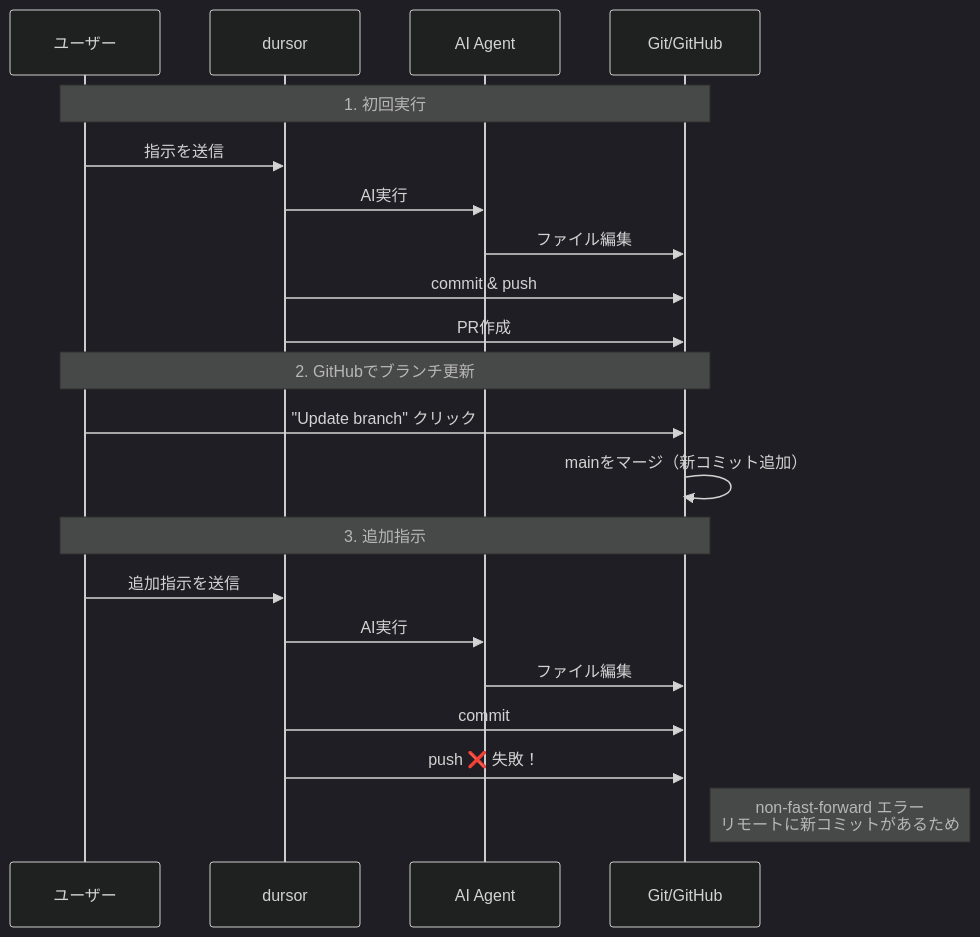
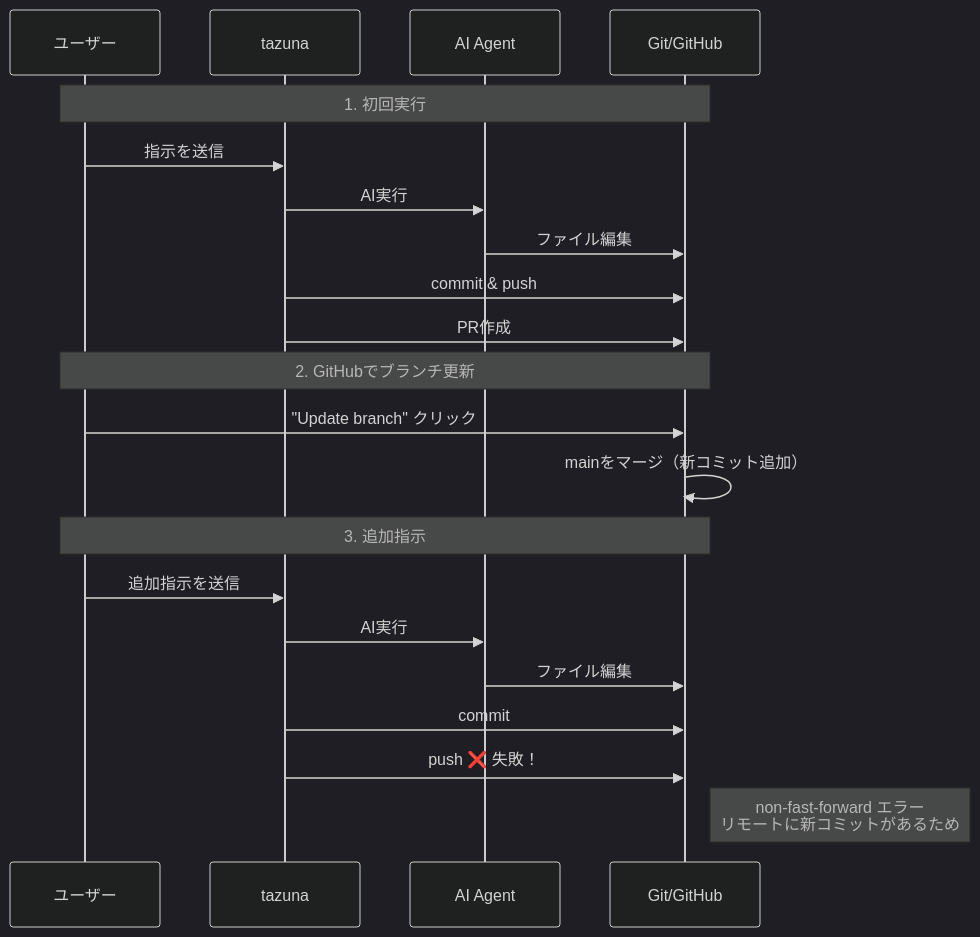
The first of 5 diagrams in docs/push_with_retry.md (hampen2929/zloth), drawn with Mermaid (dark theme) before and after one commit. The commit also changed other lines of this file and 103 other files, not shown here.

Commit message:
Rename from dursor to tazuna

````diff
--- a/docs/push_with_retry.md
+++ b/docs/push_with_retry.md
@@ -11,26 +11,26 @@
 ```mermaid
 sequenceDiagram
     participant U as ユーザー
-    participant D as dursor
+    participant D as tazuna
     participant A as AI Agent
     participant G as Git/GitHub
 
     Note over U,G: 1. 初回実行
     U->>D: 指示を送信
     D->>A: AI実行
     A->>G: ファイル編集
     D->>G: commit & push
     D->>G: PR作成
 
     Note over U,G: 2. GitHubでブランチ更新
     U->>G: "Update branch" クリック
     G->>G: mainをマージ（新コミット追加）
 
     Note over U,G: 3. 追加指示
     U->>D: 追加指示を送信
     D->>A: AI実行
     A->>G: ファイル編集
     D->>G: commit
     D->>G: push ❌ 失敗！
     Note right of G: non-fast-forward エラー<br/>リモートに新コミットがあるため
 ```
````
